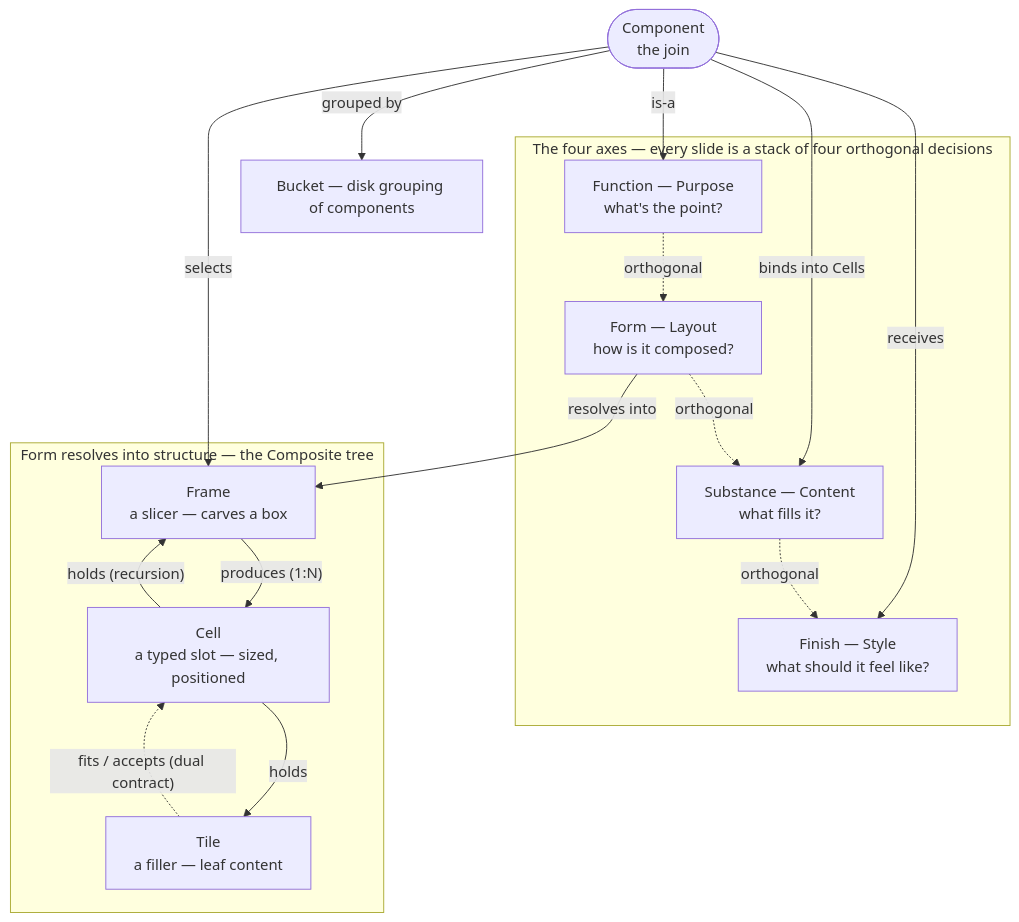
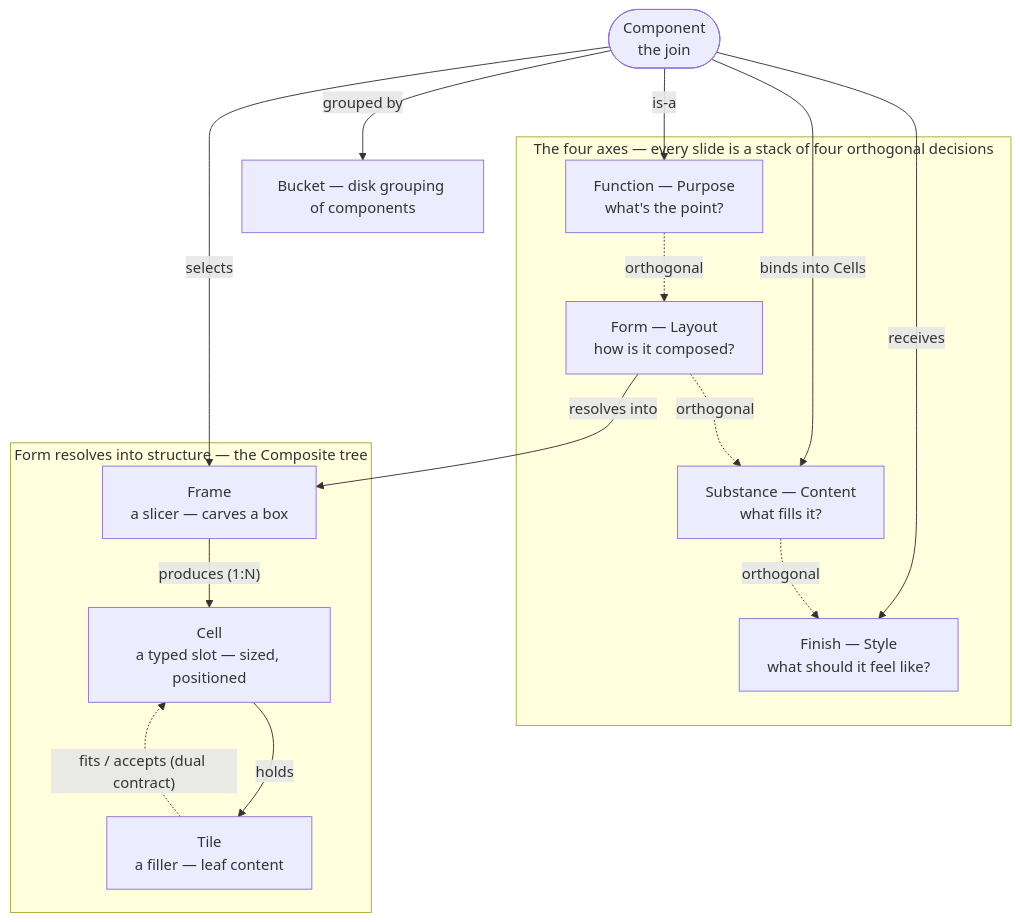
One commit to SlideWright/lattice changed the diagram in design/concepts.md. Above: the diagram before and after it, drawn with Mermaid. The commit also changed other lines of this file and 19 other files, not shown here.

````diff
--- a/design/concepts.md
+++ b/design/concepts.md
@@ -35,34 +35,33 @@
 ```mermaid
 graph TD
   subgraph AXES["The four axes — every slide is a stack of four orthogonal decisions"]
     FUNC["Function — Purpose<br/>what's the point?"]
     FORM["Form — Layout<br/>how is it composed?"]
     SUBS["Substance — Content<br/>what fills it?"]
     FIN["Finish — Style<br/>what should it feel like?"]
   end
 
   subgraph STRUCT["Form resolves into structure — the Composite tree"]
     FRAME["Frame<br/>a slicer — carves a box"]
     CELL["Cell<br/>a typed slot — sized, positioned"]
     TILE["Tile<br/>a filler — leaf content"]
   end
 
   COMP(["Component<br/>the join"])
   BUCKET["Bucket — disk grouping of components"]
 
   FORM -->|"resolves into"| FRAME
   FRAME -->|"produces (1:N)"| CELL
   CELL -->|"holds"| TILE
-  CELL -->|"holds (recursion)"| FRAME
   TILE -.->|"fits / accepts (dual contract)"| CELL
 
   COMP -->|"is-a"| FUNC
   COMP -->|"selects"| FRAME
   COMP -->|"binds into Cells"| SUBS
   COMP -->|"receives"| FIN
   COMP -->|"grouped by"| BUCKET
 
   FUNC -.->|orthogonal| FORM
   FORM -.->|orthogonal| SUBS
   SUBS -.->|orthogonal| FIN
 ```
````
